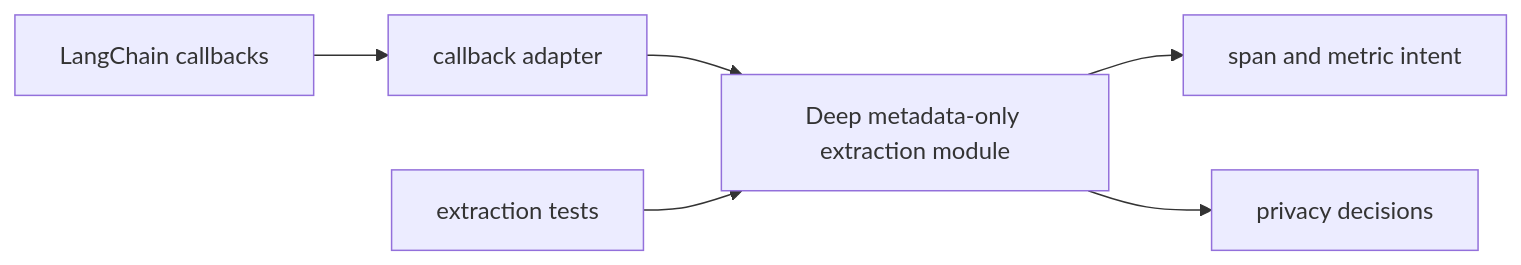
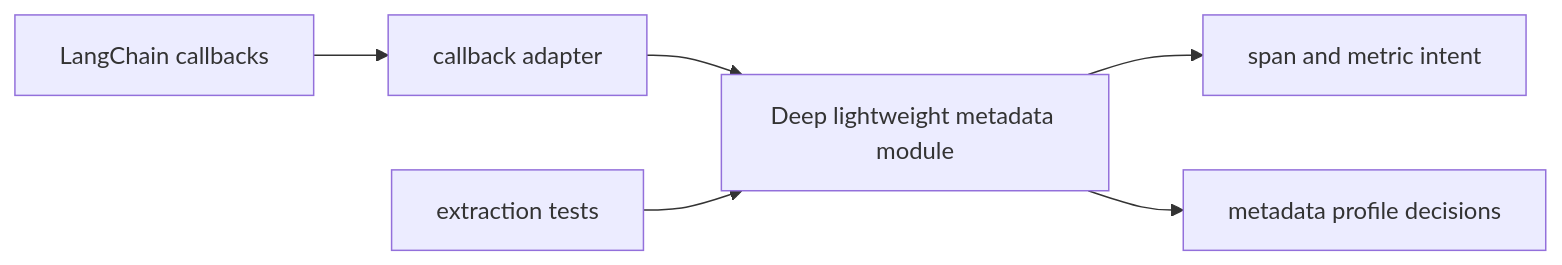
Before and after one commit to tihaya-anon/teach-everything: the eighth of 10 diagrams in docs/architecture/agent-run-diagnosis-review.md, drawn with Mermaid. The commit also changed other lines of this file and 4 other files, not shown here.

First line of the commit message:
refactor(observability): extract LangChain diagnostic metadata

````diff
--- a/docs/architecture/agent-run-diagnosis-review.md
+++ b/docs/architecture/agent-run-diagnosis-review.md
@@ -215,8 +217,8 @@
 ```mermaid
 flowchart LR
   LC[LangChain callbacks] --> Adapter[callback adapter]
-  Adapter --> Diagnostic[Deep metadata-only extraction module]
+  Adapter --> Diagnostic[Deep lightweight metadata module]
   Diagnostic --> Intent[span and metric intent]
-  Diagnostic --> Privacy[privacy decisions]
+  Diagnostic --> Profile[metadata profile decisions]
   Tests[extraction tests] --> Diagnostic
 ```
````
